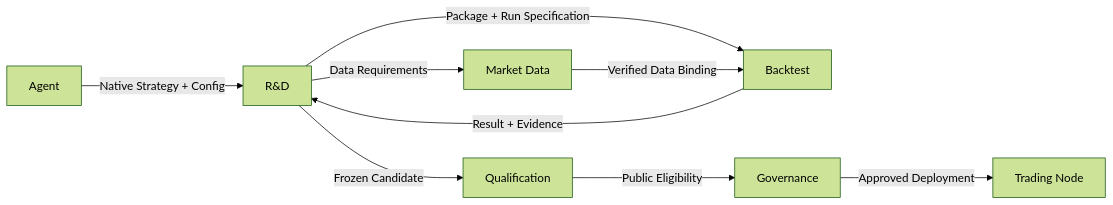
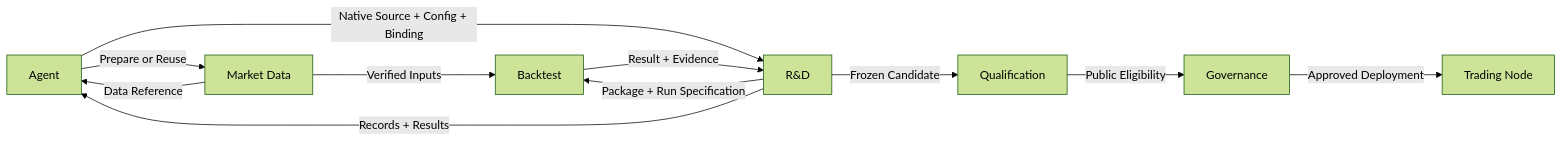
The diagram in docs/architecture/strategy-factory.md (qOeOp/trade), drawn with Mermaid (forest theme) before and after one commit. The commit also changed other lines of this file and 56 other files, not shown here.

Commit message:
docs: simplify and unify product architecture documentation

````diff
--- a/docs/architecture/strategy-factory.md
+++ b/docs/architecture/strategy-factory.md
@@ -17,11 +17,13 @@
 ```mermaid
 flowchart LR
-    A["Agent"] -->|"Native Strategy + Config"| R["R&D"]
-    R -->|"Data Requirements"| M["Market Data"]
+    A["Agent"] -->|"Prepare or Reuse"| M["Market Data"]
+    M -->|"Data Reference"| A
+    A -->|"Native Source + Config + Binding"| R["R&D"]
     R -->|"Package + Run Specification"| B["Backtest"]
-    M -->|"Verified Data Binding"| B
+    M -->|"Verified Inputs"| B
     B -->|"Result + Evidence"| R
+    R -->|"Records + Results"| A
     R -->|"Frozen Candidate"| Q["Qualification"]
     Q -->|"Public Eligibility"| G["Governance"]
     G -->|"Approved Deployment"| N["Trading Node"]
 ```
````
